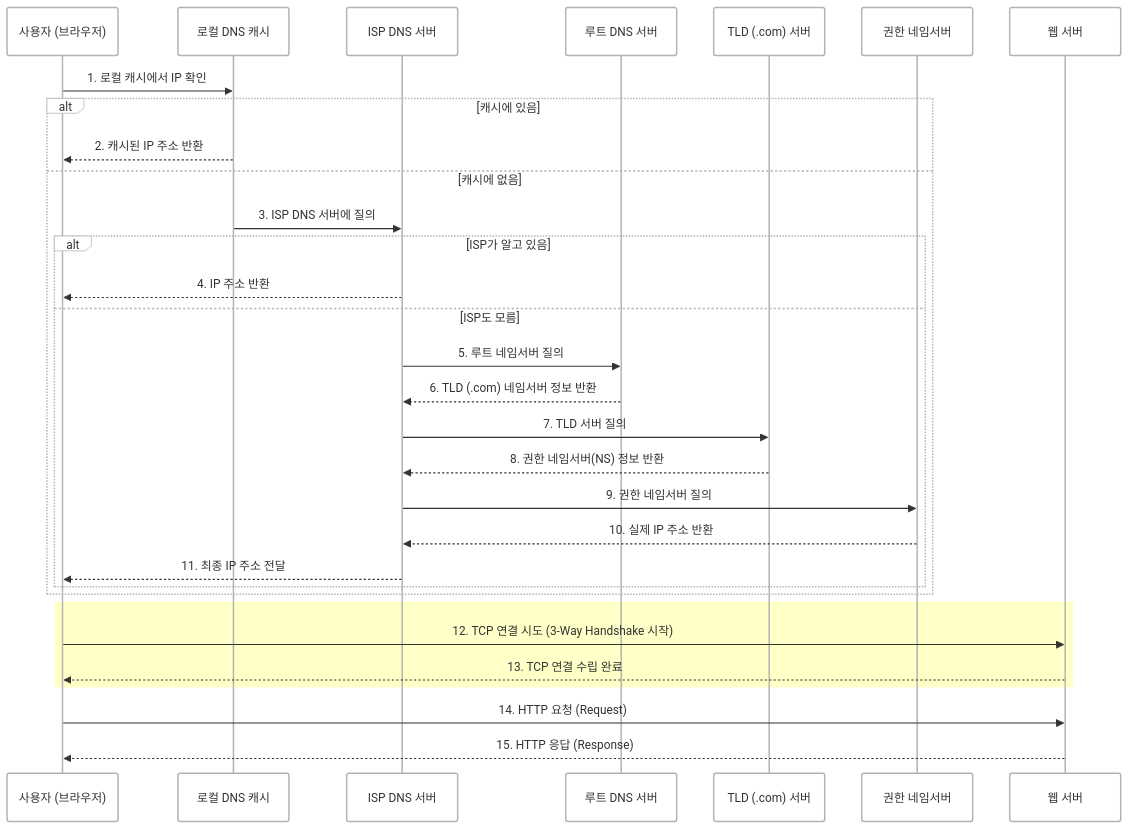
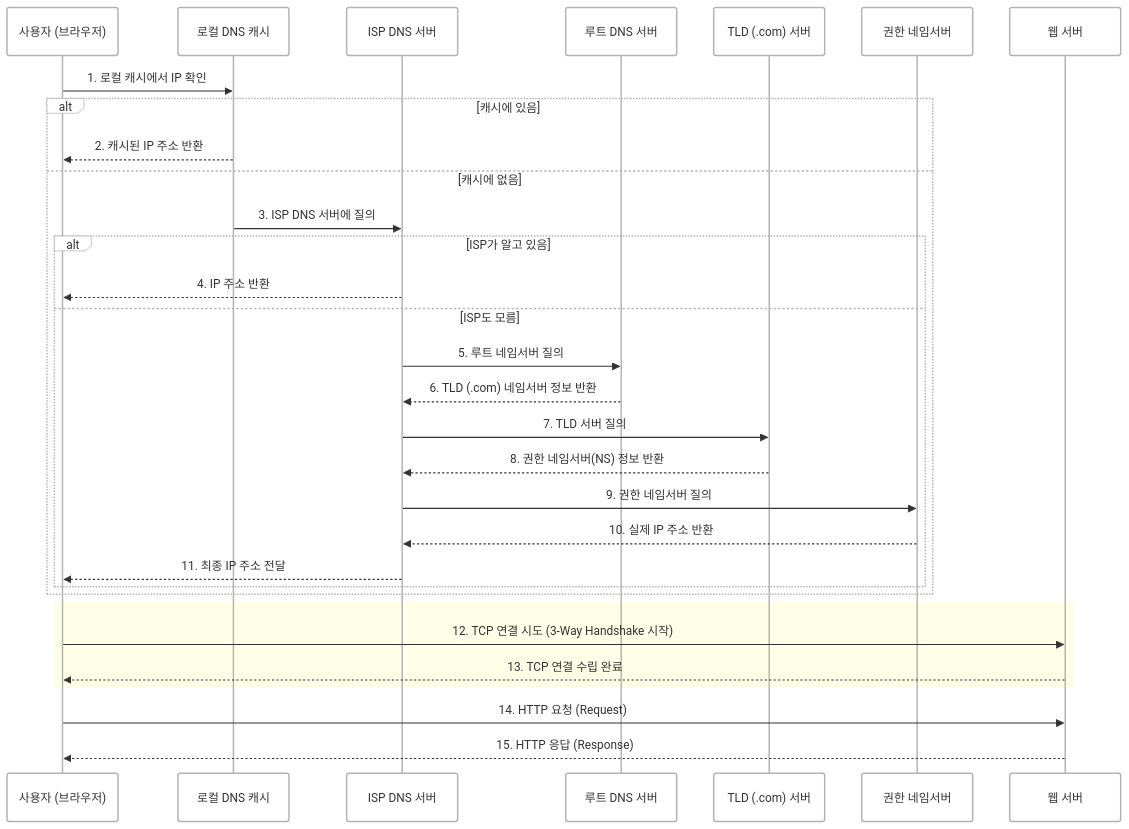
Before and after one commit to d-o0o-b11/d-o0o-b11.github.io: the first of 2 diagrams in _posts/2025-03-06-http-https-http.md, drawn with Mermaid. The commit also changed 1 other file, not shown here.

Commit message:
✨ - TCP 연결 부분의 색상 투명도 조정

````diff
--- a/_posts/2025-03-06-http-https-http.md
+++ b/_posts/2025-03-06-http-https-http.md
@@ -21,44 +21,44 @@
 ```mermaid
 ---
 config:
   theme: neo
   look: handDrawn
 ---
 sequenceDiagram
     participant User as 사용자 (브라우저)
     participant Local as 로컬 DNS 캐시
     participant ISP as ISP DNS 서버
     participant Root as 루트 DNS 서버
     participant TLD as TLD (.com) 서버
     participant AuthNS as 권한 네임서버
     participant Web as 웹 서버
 
     User->>Local: 1. 로컬 캐시에서 IP 확인
     alt 캐시에 있음
         Local-->>User: 2. 캐시된 IP 주소 반환
     else 캐시에 없음
         Local->>ISP: 3. ISP DNS 서버에 질의
         alt ISP가 알고 있음
             ISP-->>User: 4. IP 주소 반환
         else ISP도 모름
             ISP->>Root: 5. 루트 네임서버 질의
             Root-->>ISP: 6. TLD (.com) 네임서버 정보 반환
             ISP->>TLD: 7. TLD 서버 질의
             TLD-->>ISP: 8. 권한 네임서버(NS) 정보 반환
             ISP->>AuthNS: 9. 권한 네임서버 질의
             AuthNS-->>ISP: 10. 실제 IP 주소 반환
             ISP-->>User: 11. 최종 IP 주소 전달
         end
     end
 
     %%  TCP 연결 부분 강조 시작
-    rect rgb(255, 255, 200)
+    rect rgba(255, 255, 200, 0.44)
     User->>Web: 12. TCP 연결 시도 (3-Way Handshake 시작)
     Web-->>User: 13. TCP 연결 수립 완료
     end
     %%  강조 끝
 
     User->>Web: 14. HTTP 요청 (Request)
     Web-->>User: 15. HTTP 응답 (Response)
 
 ```
````
